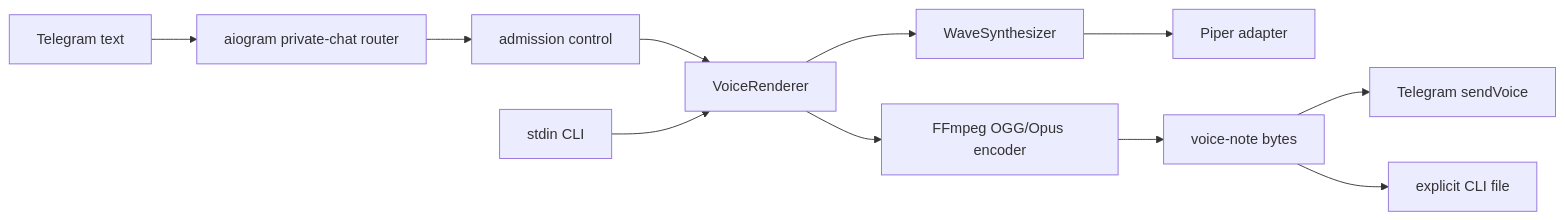
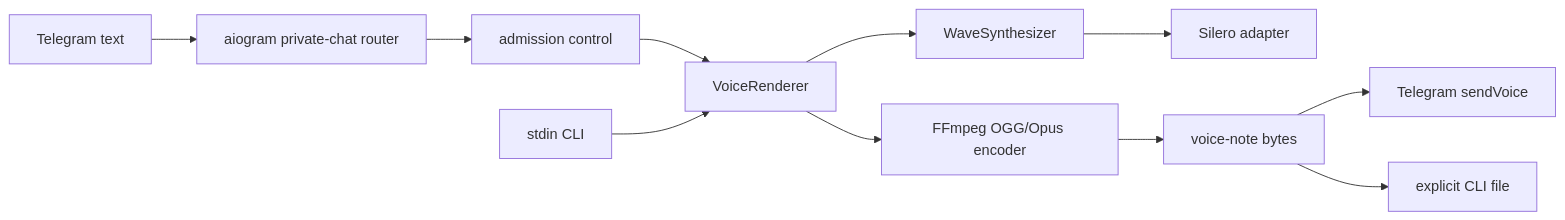
The diagram in README.md (ihoru/telegram-tts-bot), drawn with Mermaid before and after one commit. The commit also changed other lines of this file and 32 other files, not shown here.

Commit message:
feat: migrate from Piper to Silero for text-to-speech

````diff
--- a/README.md
+++ b/README.md
@@ -137,13 +162,13 @@
 ```mermaid
 flowchart LR
     telegram[Telegram text] --> router[aiogram private-chat router]
     router --> gate[admission control]
     gate --> renderer[VoiceRenderer]
     stdin[stdin CLI] --> renderer
     renderer --> synth[WaveSynthesizer]
-    synth --> piper[Piper adapter]
+    synth --> silero[Silero adapter]
     renderer --> opus[FFmpeg OGG/Opus encoder]
     opus --> voice[voice-note bytes]
     voice --> telegram_api[Telegram sendVoice]
     voice --> file[explicit CLI file]
 ```
````
